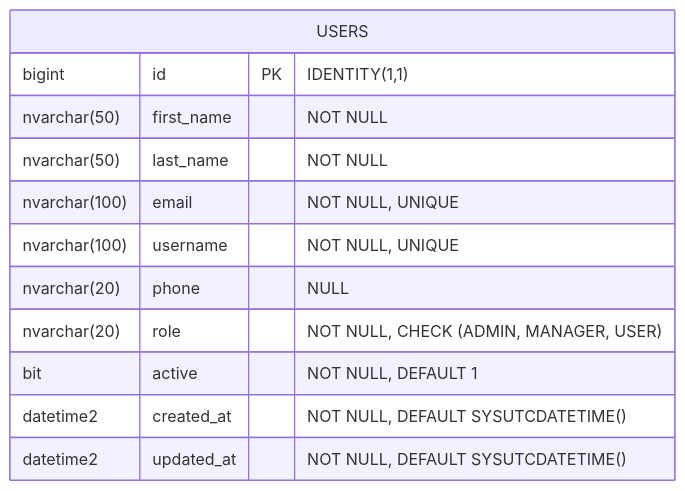
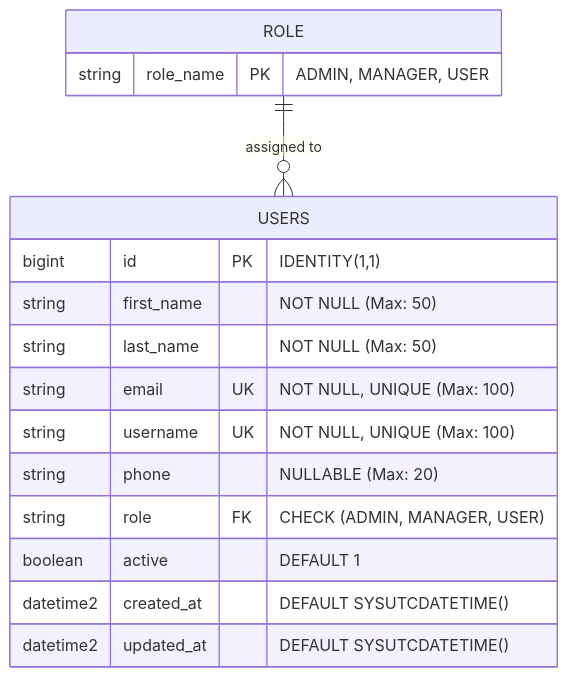
One commit to menda1819/usermanagement changed the second of 2 diagrams in README.md. Above: the diagram before and after it, drawn with Mermaid. The commit also changed other lines of this file, not shown here.

Commit message:
ER diagram update

````diff
--- a/README.md
+++ b/README.md
@@ -148,15 +149,21 @@
 ```mermaid
 erDiagram
+    ROLE ||--o{ USERS : "assigned to"
+    
+    ROLE {
+        string role_name PK "ADMIN, MANAGER, USER"
+    }
+
     USERS {
         bigint id PK "IDENTITY(1,1)"
-        nvarchar(50) first_name "NOT NULL"
-        nvarchar(50) last_name "NOT NULL"
-        nvarchar(100) email "NOT NULL, UNIQUE"
-        nvarchar(100) username "NOT NULL, UNIQUE"
-        nvarchar(20) phone "NULL"
-        nvarchar(20) role "NOT NULL, CHECK (ADMIN, MANAGER, USER)"
-        bit active "NOT NULL, DEFAULT 1"
-        datetime2 created_at "NOT NULL, DEFAULT SYSUTCDATETIME()"
-        datetime2 updated_at "NOT NULL, DEFAULT SYSUTCDATETIME()"
+        string first_name "NOT NULL (Max: 50)"
+        string last_name "NOT NULL (Max: 50)"
+        string email UK "NOT NULL, UNIQUE (Max: 100)"
+        string username UK "NOT NULL, UNIQUE (Max: 100)"
+        string phone "NULLABLE (Max: 20)"
+        string role FK "CHECK (ADMIN, MANAGER, USER)"
+        boolean active "DEFAULT 1"
+        datetime2 created_at "DEFAULT SYSUTCDATETIME()"
+        datetime2 updated_at "DEFAULT SYSUTCDATETIME()"
     }
 ```
````
